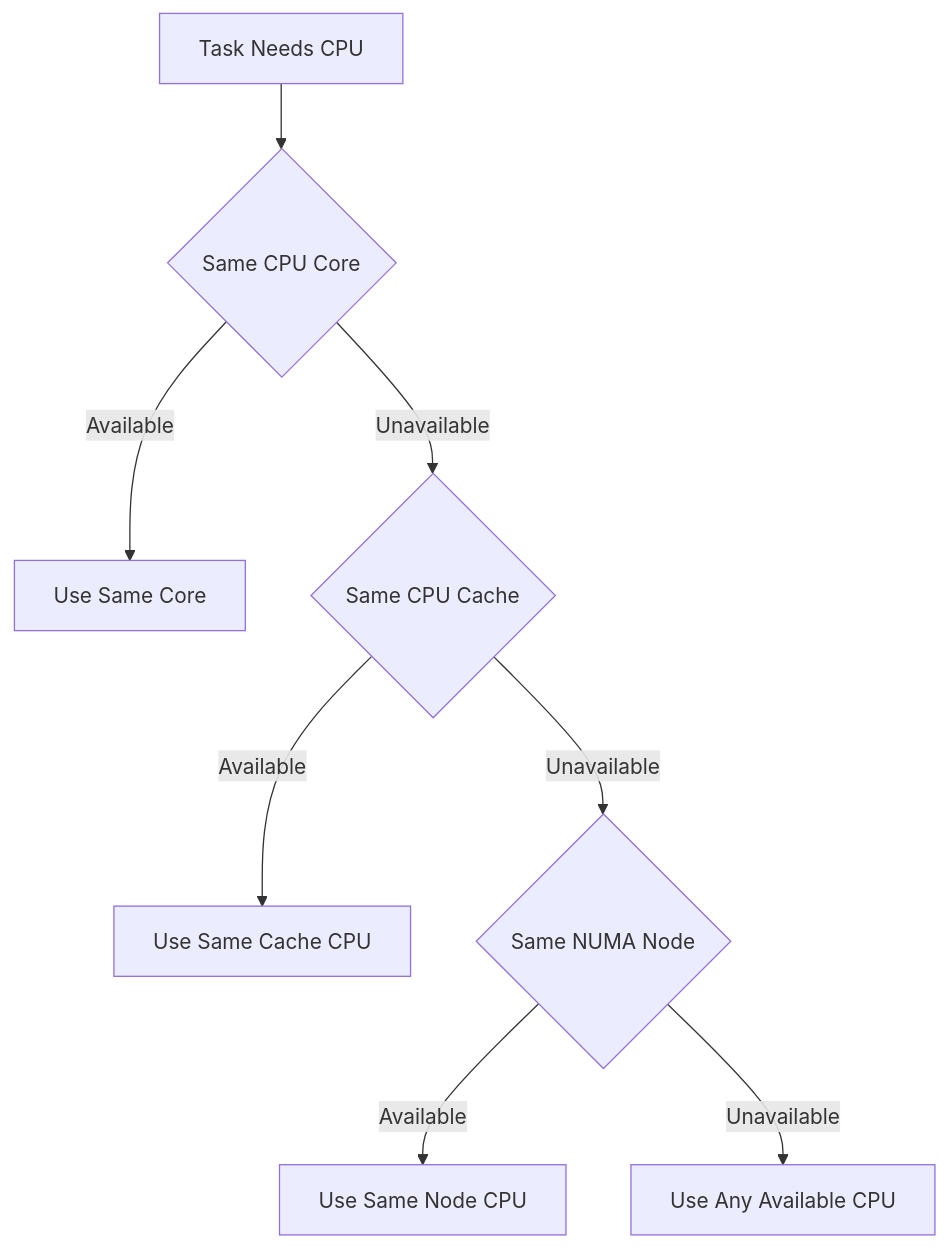
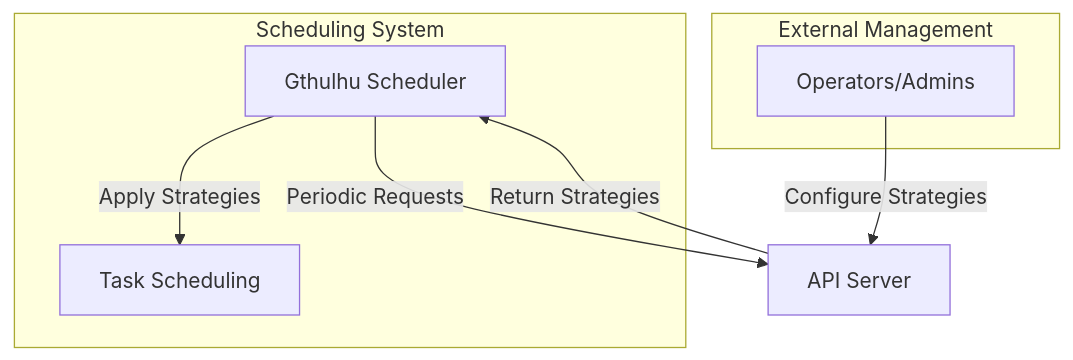
One commit to Gthulhu/docs changed the fourth of 6 diagrams in docs/how-it-works.en.md. Above: the diagram before and after it, drawn with Mermaid. The commit also changed other lines of this file and 1 other file, not shown here.

````diff
--- a/docs/how-it-works.en.md
+++ b/docs/how-it-works.en.md
@@ -116,10 +151,16 @@
 ```mermaid
 graph TB
-    A[Task Needs CPU] --> B{Same CPU Core}
-    B -->|Available| C[Use Same Core]
-    B -->|Unavailable| D{Same CPU Cache}
-    D -->|Available| E[Use Same Cache CPU]
-    D -->|Unavailable| F{Same NUMA Node}
-    F -->|Available| G[Use Same Node CPU]
-    F -->|Unavailable| H[Use Any Available CPU]
+    A[Gthulhu Scheduler] -->|Periodic Requests| B[API Server]
+    C[Operators/Admins] -->|Configure Strategies| B
+    B -->|Return Strategies| A
+    A -->|Apply Strategies| D[Task Scheduling]
+    
+    subgraph "External Management"
+        C
+    end
+    
+    subgraph "Scheduling System"
+        A
+        D
+    end
 ```
````
